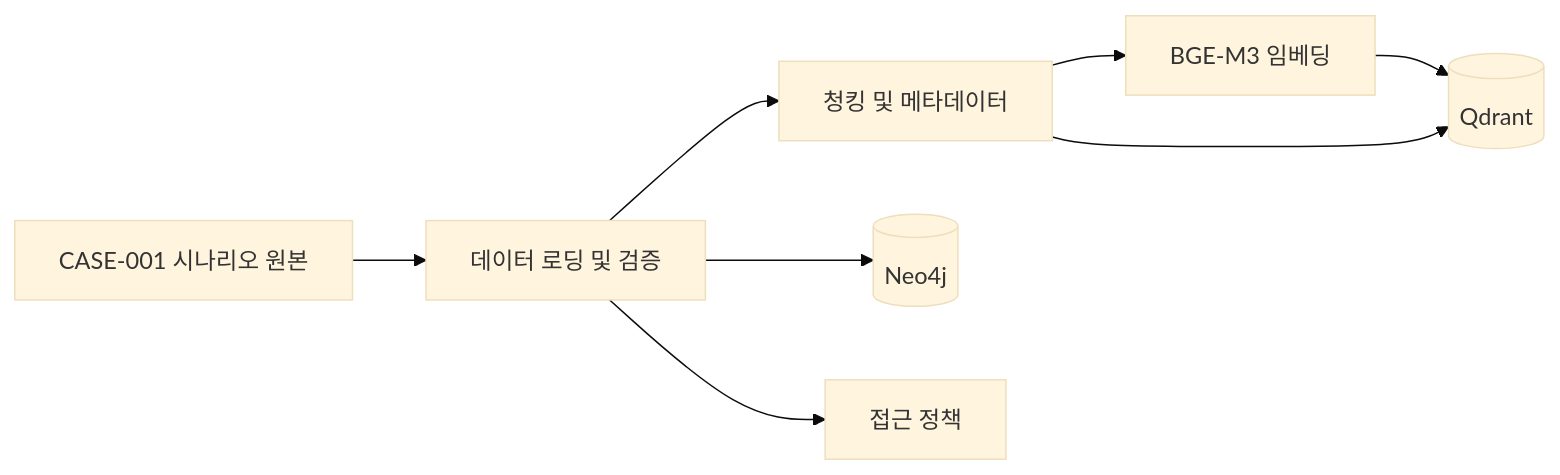
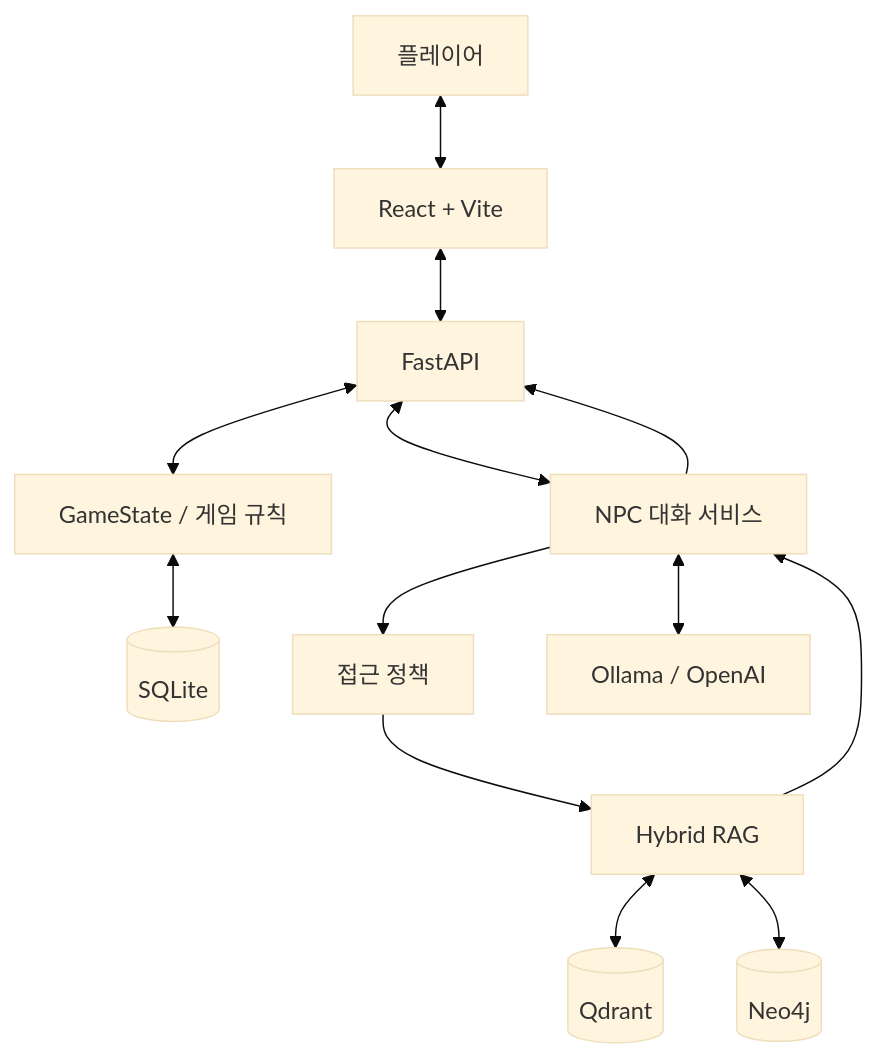
The diagram in README.md (SKNETWORKS-FAMILY-AICAMP/SKN36-3rd-2Team), drawn with Mermaid (base theme) before and after one commit. The commit also changed other lines of this file, not shown here.

````diff
--- a/README.md
+++ b/README.md
@@ -416,18 +144,27 @@
 ```mermaid
-flowchart LR
-    SOURCE["CASE-001 시나리오 원본"]
-    LOAD["데이터 로딩 및 검증"]
-    CHUNK["청킹 및 메타데이터"]
-    EMBED["BGE-M3 임베딩"]
-    VECTOR[("Qdrant")]
-    GRAPH[("Neo4j")]
+flowchart TD
+    USER["플레이어"]
+    FRONT["React + Vite"]
+    API["FastAPI"]
+    ENGINE["GameState / 게임 규칙"]
+    CHAT["NPC 대화 서비스"]
     POLICY["접근 정책"]
+    RAG["Hybrid RAG"]
+    LLM["Ollama / OpenAI"]
+    SQLITE[("SQLite")]
+    QDRANT[("Qdrant")]
+    NEO4J[("Neo4j")]
 
-    SOURCE --> LOAD
-    LOAD --> CHUNK
-    CHUNK --> EMBED
-    EMBED --> VECTOR
-    CHUNK --> VECTOR
-    LOAD --> GRAPH
-    LOAD --> POLICY
+    USER <--> FRONT
+    FRONT <--> API
+    API <--> ENGINE
+    ENGINE <--> SQLITE
+    API <--> CHAT
+    CHAT --> POLICY
+    POLICY --> RAG
+    RAG <--> QDRANT
+    RAG <--> NEO4J
+    RAG --> CHAT
+    CHAT <--> LLM
+    CHAT --> API
 ```
````
